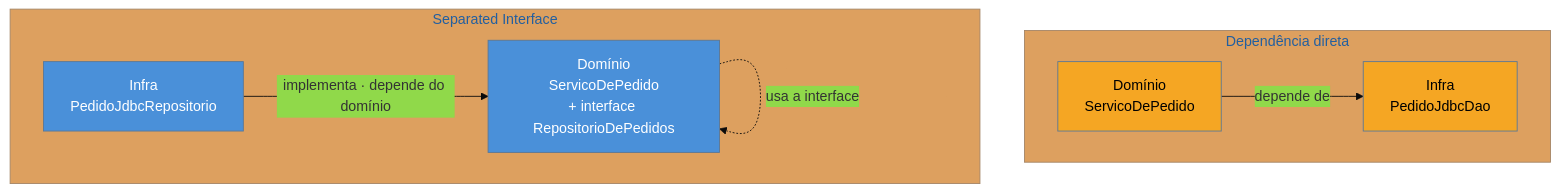
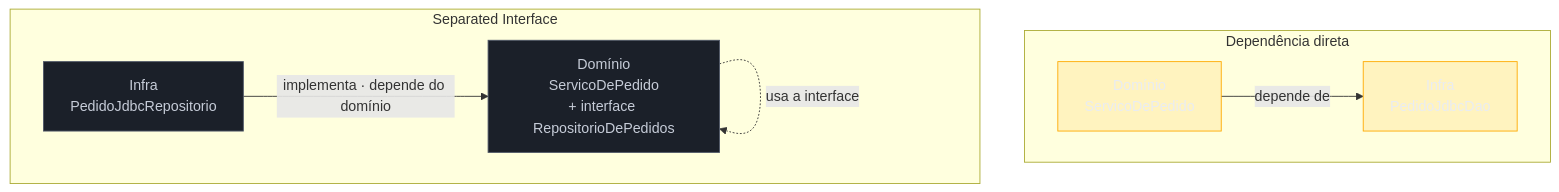
The diagram in 03-Dominios/Engenharia/Design de Software/Padrões de Projeto/Aplicação Corporativa/11 - Layer Supertype + Separated Interface.md (josenaldo/codex-technomanticus), drawn with Mermaid before and after one commit. The commit also changed 1181 other files, not shown here.

First line of the commit message:
fix(diagramas): paleta do sistema no lugar de cor cravada no markdown

````diff
--- a/03-Dominios/Engenharia/Design de Software/Padrões de Projeto/Aplicação Corporativa/11 - Layer Supertype + Separated Interface.md
+++ b/03-Dominios/Engenharia/Design de Software/Padrões de Projeto/Aplicação Corporativa/11 - Layer Supertype + Separated Interface.md
@@ -53,19 +53,20 @@
 ```mermaid
-%%{init: {"theme": "base", "themeVariables": {"primaryColor": "#4A90D9"}}}%%
 graph TD
+    classDef destaque fill:#FFAA0024,stroke:#FFAA00,color:#E9ECF2
+    classDef neutro fill:#1B2029,stroke:#4E5666,color:#C6CCD8
     subgraph SEM["Dependência direta"]
         D1["Domínio<br/>ServicoDePedido"] -->|"depende de"| I1["Infra<br/>PedidoJdbcDao"]
     end
 
     subgraph COM["Separated Interface"]
         D2["Domínio<br/>ServicoDePedido<br/>+ interface RepositorioDePedidos"]
         I2["Infra<br/>PedidoJdbcRepositorio"]
         D2 -.->|"usa a interface"| D2
         I2 -->|"implementa · depende do domínio"| D2
     end
 
-    style D1 fill:#F5A623,color:#000
-    style I1 fill:#F5A623,color:#000
-    style D2 fill:#4A90D9,color:#fff
-    style I2 fill:#4A90D9,color:#fff
+    class D1 destaque
+    class I1 destaque
+    class D2 neutro
+    class I2 neutro
 ```
````
